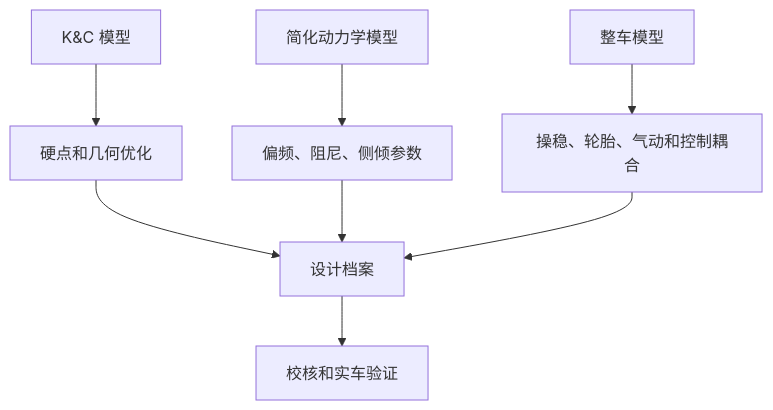
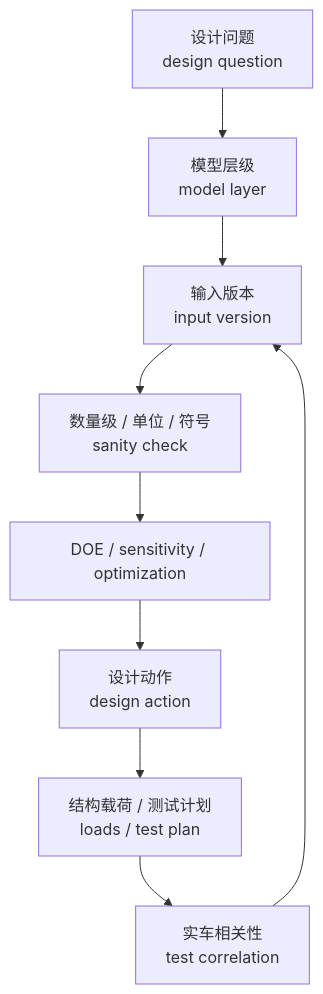
One commit to onebulletkick/suspension_opensource changed the diagram in docs/06-simulation-and-optimization.md. Above: the diagram before and after it, drawn with Mermaid. The commit also changed other lines of this file and 1 other file, not shown here.

Commit message:
docs: strengthen simulation correlation workflow

````diff
--- a/docs/06-simulation-and-optimization.md
+++ b/docs/06-simulation-and-optimization.md
@@ -7,10 +9,11 @@
 ```mermaid
 flowchart TD
-  A["K&C 模型"] --> B["硬点和几何优化"]
-  C["简化动力学模型"] --> D["偏频、阻尼、侧倾参数"]
-  E["整车模型"] --> F["操稳、轮胎、气动和控制耦合"]
-  B --> G["设计档案"]
-  D --> G
-  F --> G
-  G --> H["校核和实车验证"]
+  A["设计问题<br>design question"] --> B["模型层级<br>model layer"]
+  B --> C["输入版本<br>input version"]
+  C --> D["数量级 / 单位 / 符号<br>sanity check"]
+  D --> E["DOE / sensitivity / optimization"]
+  E --> F["设计动作<br>design action"]
+  F --> G["结构载荷 / 测试计划<br>loads / test plan"]
+  G --> H["实车相关性<br>test correlation"]
+  H --> C
 ```
````
